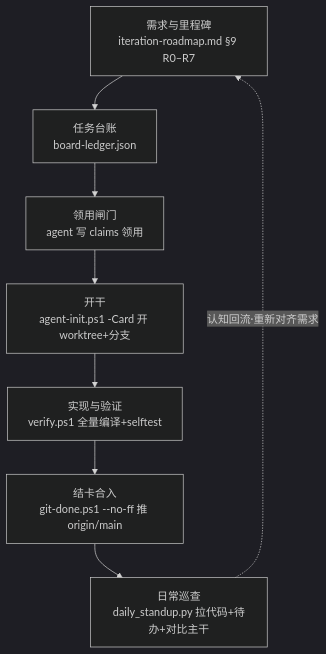
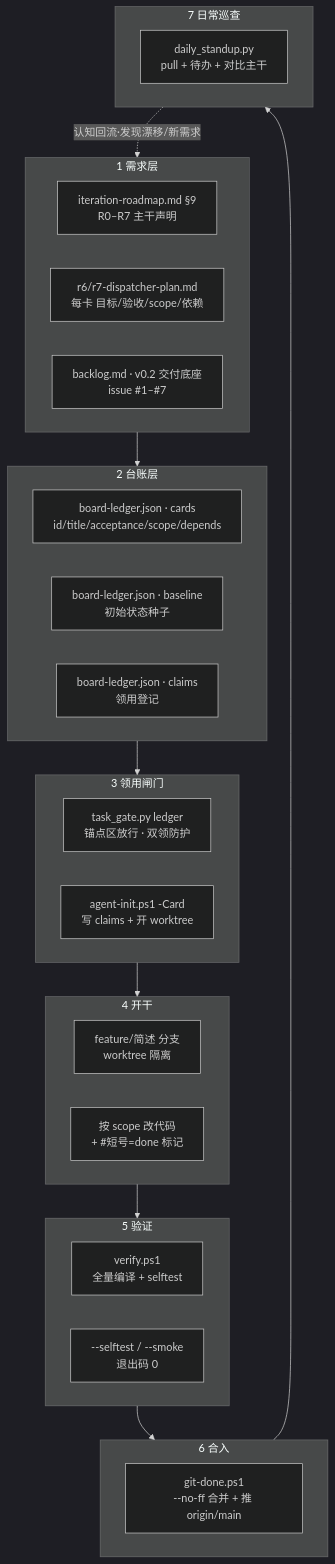
The diagram in docs/project-map.md (Reance195/NeonBoard), drawn with Mermaid (dark theme) before and after one commit. The commit also changed other lines of this file, not shown here.

Commit message:
docs(roadmap): 增强 project-map 为导航枢纽（含钻取索引/台账读法/脚本详解/走读示例）

````diff
--- a/docs/project-map.md
+++ b/docs/project-map.md
@@ -38,10 +42,33 @@
 ```mermaid
 flowchart TD
-    A[需求与里程碑<br/>iteration-roadmap.md §9 R0–R7] --> B[任务台账<br/>board-ledger.json]
-    B --> C[领用闸门<br/>agent 写 claims 领用]
-    C --> D[开干<br/>agent-init.ps1 -Card 开 worktree+分支]
-    D --> E[实现与验证<br/>verify.ps1 全量编译+selftest]
-    E --> F[结卡合入<br/>git-done.ps1 --no-ff 推 origin/main]
-    F --> G[日常巡查<br/>daily_standup.py 拉代码+待办+对比主干]
-    G -. 认知回流·重新对齐需求 .-> A
+    subgraph REQ[1 需求层]
+      A1["iteration-roadmap.md §9<br/>R0–R7 主干声明"]
+      A2["r6/r7-dispatcher-plan.md<br/>每卡 目标/验收/scope/依赖"]
+      A3["backlog.md · v0.2 交付底座<br/>issue #1–#7"]
+    end
+    subgraph LED[2 台账层]
+      B1["board-ledger.json · cards<br/>id/title/acceptance/scope/depends"]
+      B2["board-ledger.json · baseline<br/>初始状态种子"]
+      B3["board-ledger.json · claims<br/>领用登记"]
+    end
+    subgraph GATE[3 领用闸门]
+      C1["task_gate.py ledger<br/>锚点区放行 · 双领防护"]
+      C2["agent-init.ps1 -Card<br/>写 claims + 开 worktree"]
+    end
+    subgraph DO[4 开干]
+      D1["feature/简述 分支<br/>worktree 隔离"]
+      D2["按 scope 改代码<br/>+ #短号=done 标记"]
+    end
+    subgraph VERIFY[5 验证]
+      E1["verify.ps1<br/>全量编译 + selftest"]
+      E2["--selftest / --smoke<br/>退出码 0"]
+    end
+    subgraph MERGE[6 合入]
+      F1["git-done.ps1<br/>--no-ff 合并 + 推 origin/main"]
+    end
+    subgraph STANDUP[7 日常巡查]
+      G1["daily_standup.py<br/>pull + 待办 + 对比主干"]
+    end
+    REQ --> LED --> GATE --> DO --> VERIFY --> MERGE --> STANDUP
+    STANDUP -. 认知回流·发现漂移/新需求 .-> REQ
 ```
````
